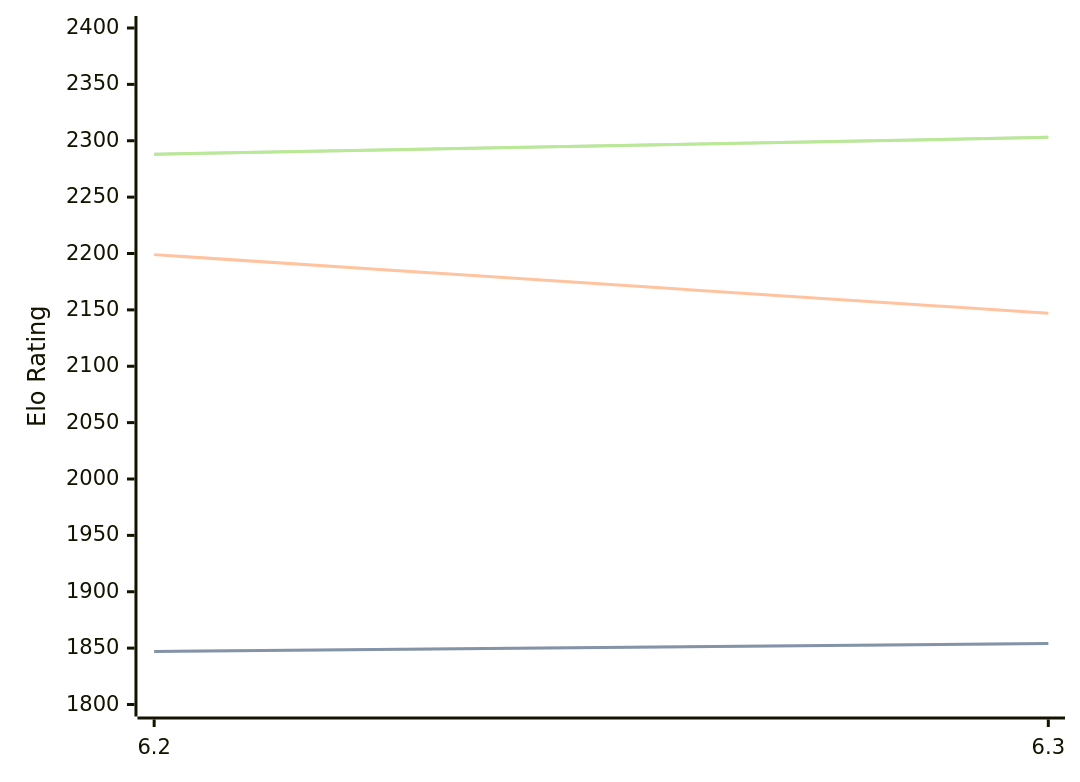
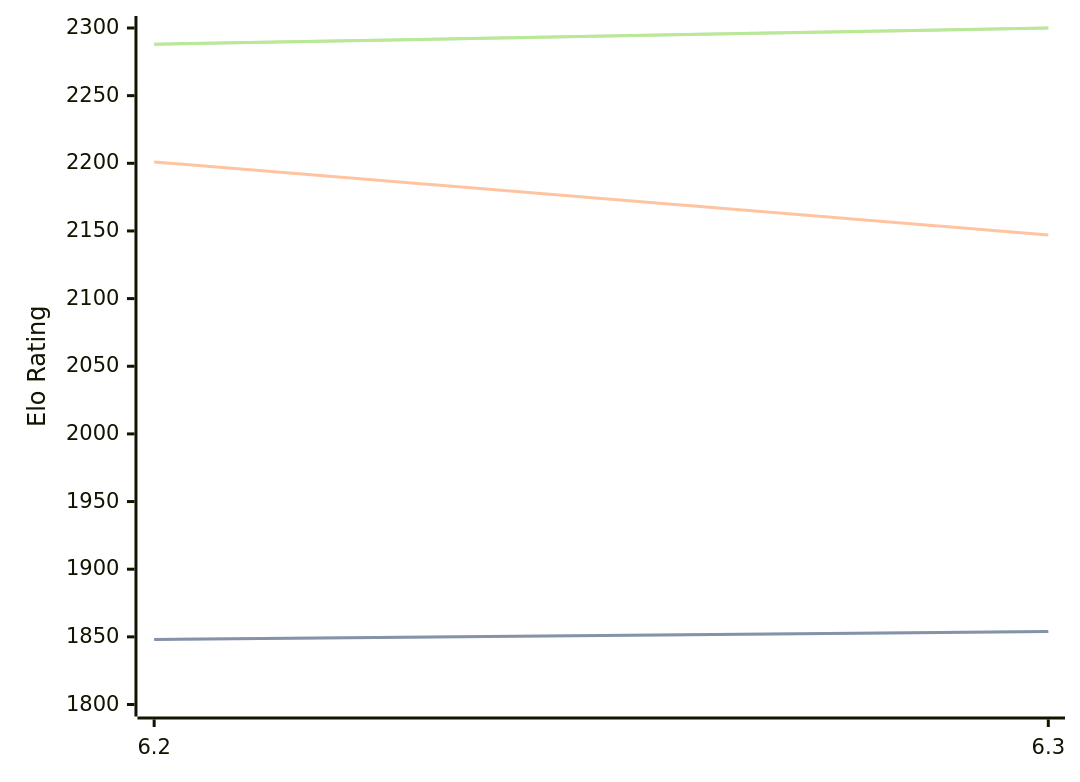
One commit to computer-chess-index/cci changed the first of 3 diagrams in engines/chess4j.md. Above: the diagram before and after it, drawn with Mermaid. The commit also changed other lines of this file, not shown here.

Commit message:
Update CCI Ratings (ELO VLTC) - 2026-06-24

````diff
--- a/engines/chess4j.md
+++ b/engines/chess4j.md
@@ -38,11 +38,11 @@
 ```mermaid
 %%{init: {"theme":"base","themeVariables":{"seriesColors:['#a3a3a3','#222221','#faa371']}}}%%
 xychart-beta
   x-axis ["6.2", "6.3"]
-  y-axis "Elo Rating" 1800 --> 2400
-  line "STC (8.0+0.08s)" [1847, 1854]
-  line "STC (8.0+0.08s)" [1847, 1854]
-  line "LTC (60.0+0.60s)" [2199, 2147]
-  line "VLTC (2m24s+1.12s)" [2288, 2303]
-  line "VLTC (2m24s+1.12s)" [2288, 2303]
+  y-axis "Elo Rating" 1800 --> 2300
+  line "STC (8.0+0.08s)" [1848, 1854]
+  line "STC (8.0+0.08s)" [1848, 1854]
+  line "LTC (60.0+0.60s)" [2201, 2147]
+  line "VLTC (2m24s+1.12s)" [2288, 2300]
+  line "VLTC (2m24s+1.12s)" [2288, 2300]
 ```
````
